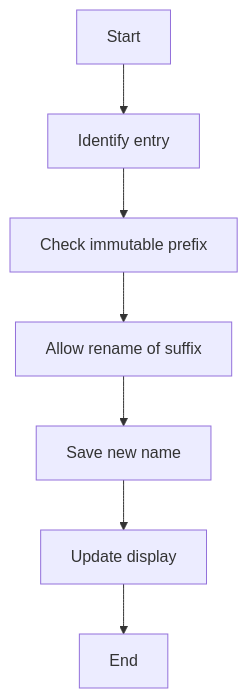
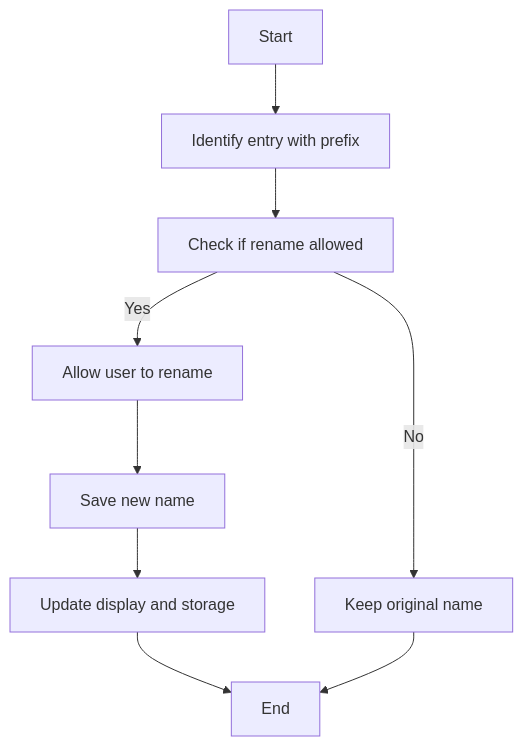
One commit to AlexAgo83/logics-manager changed the diagram in logics/request/req_005_rename_entry_name_suffix.md. Above: the diagram before and after it, drawn with Mermaid. The commit also changed 19 other files, not shown here.

````diff
--- a/logics/request/req_005_rename_entry_name_suffix.md
+++ b/logics/request/req_005_rename_entry_name_suffix.md
@@ -7,11 +7,13 @@
 ```mermaid
 %% logics-kind: request
 %% logics-signature: request|allow-renaming-request-backlog-task-entr|give-users-the-ability-to-rename|ac1-define-a-measurable-outcome
 flowchart TD
-    A[Start] --> B[Identify entry]
-    B --> C[Check immutable prefix]
-    C --> D[Allow rename of suffix]
-    D --> E[Save new name]
-    E --> F[Update display]
-    F --> G[End]
+  A[Start] --> B[Identify entry with prefix]
+  B --> C[Check if rename allowed]
+  C -->|No| D[Keep original name]
+  C -->|Yes| E[Allow user to rename]
+  E --> F[Save new name]
+  F --> G[Update display and storage]
+  G --> H[End]
+  D --> H
 ```
````
